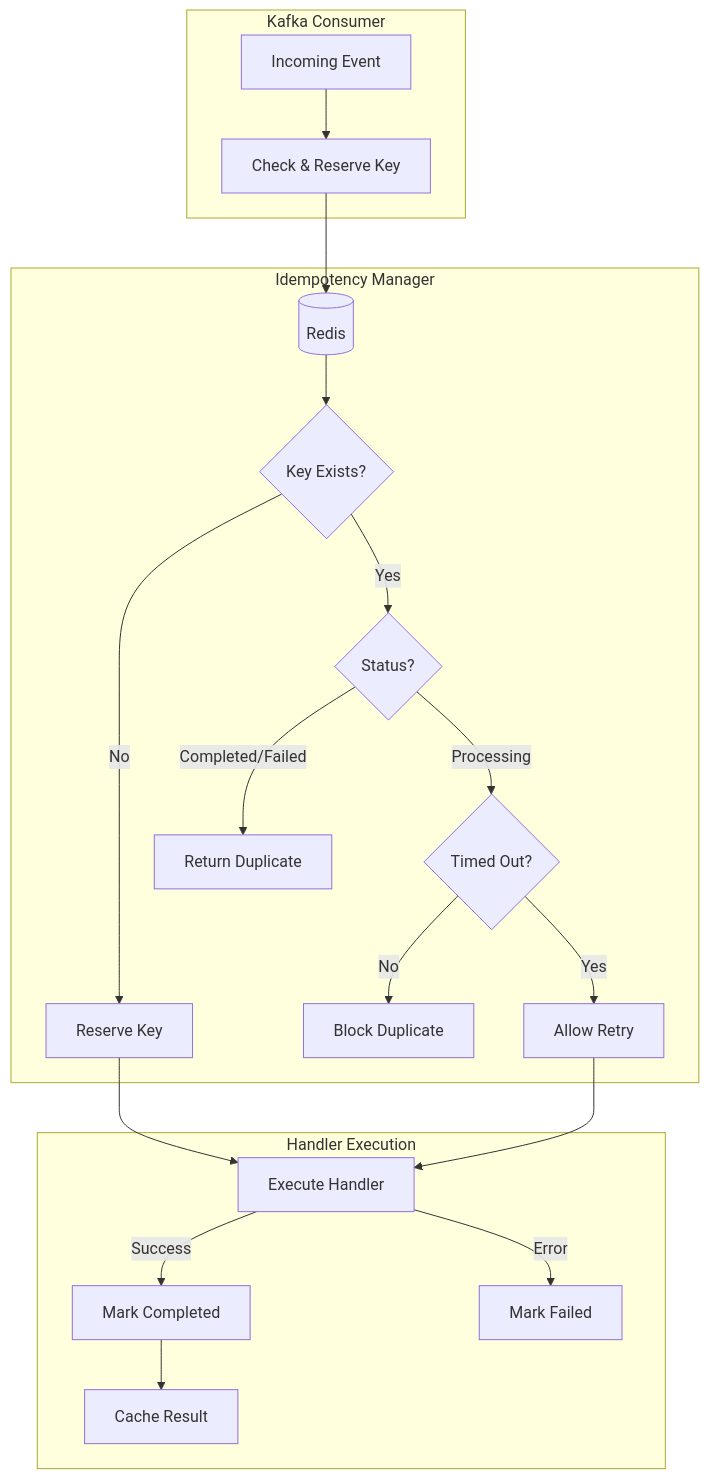
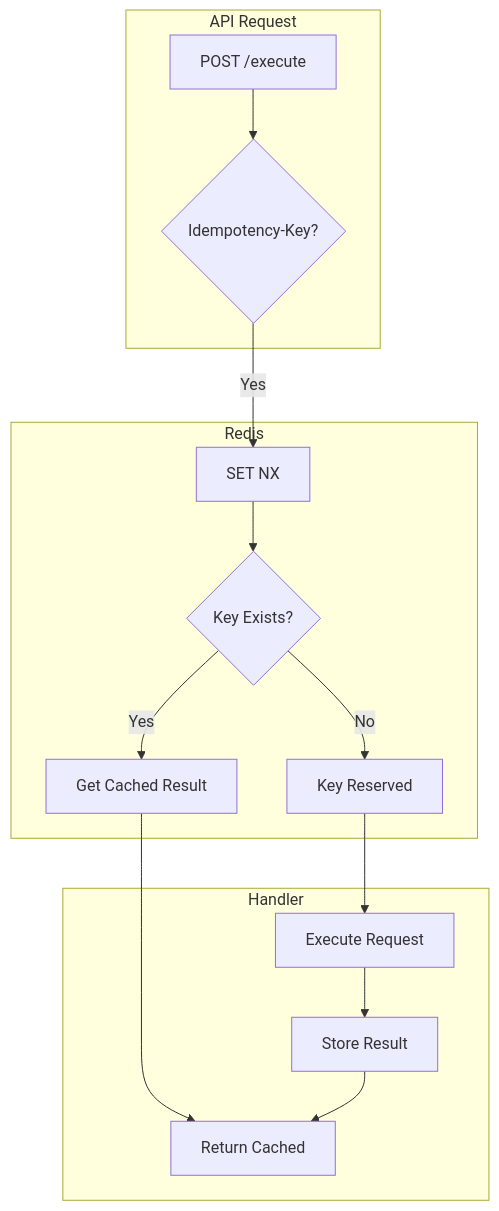
Before and after one commit to HardMax71/Integr8sCode: the diagram in docs/architecture/idempotency.md, drawn with Mermaid. The commit also changed other lines of this file and 68 other files, not shown here.

````diff
--- a/docs/architecture/idempotency.md
+++ b/docs/architecture/idempotency.md
@@ -9,25 +7,20 @@
 ```mermaid
 flowchart TB
-    subgraph Kafka Consumer
-        MSG[Incoming Event] --> CHECK[Check & Reserve Key]
+    subgraph API Request
+        REQ[POST /execute] --> KEY{Idempotency-Key?}
     end
 
-    subgraph Idempotency Manager
-        CHECK --> REDIS[(Redis)]
-        REDIS --> FOUND{Key Exists?}
-        FOUND -->|Yes| STATUS{Status?}
-        STATUS -->|Processing| TIMEOUT{Timed Out?}
-        STATUS -->|Completed/Failed| DUP[Return Duplicate]
-        TIMEOUT -->|Yes| RETRY[Allow Retry]
-        TIMEOUT -->|No| WAIT[Block Duplicate]
-        FOUND -->|No| RESERVE[Reserve Key]
+    subgraph Redis
+        KEY -->|Yes| CHECK[SET NX]
+        CHECK --> EXISTS{Key Exists?}
+        EXISTS -->|Yes| GET[Get Cached Result]
+        EXISTS -->|No| RESERVE[Key Reserved]
     end
 
-    subgraph Handler Execution
-        RESERVE --> HANDLER[Execute Handler]
-        RETRY --> HANDLER
-        HANDLER -->|Success| COMPLETE[Mark Completed]
-        HANDLER -->|Error| FAIL[Mark Failed]
-        COMPLETE --> CACHE[Cache Result]
+    subgraph Handler
+        RESERVE --> EXEC[Execute Request]
+        EXEC --> STORE[Store Result]
+        GET --> RETURN[Return Cached]
+        STORE --> RETURN
     end
 ```
````
